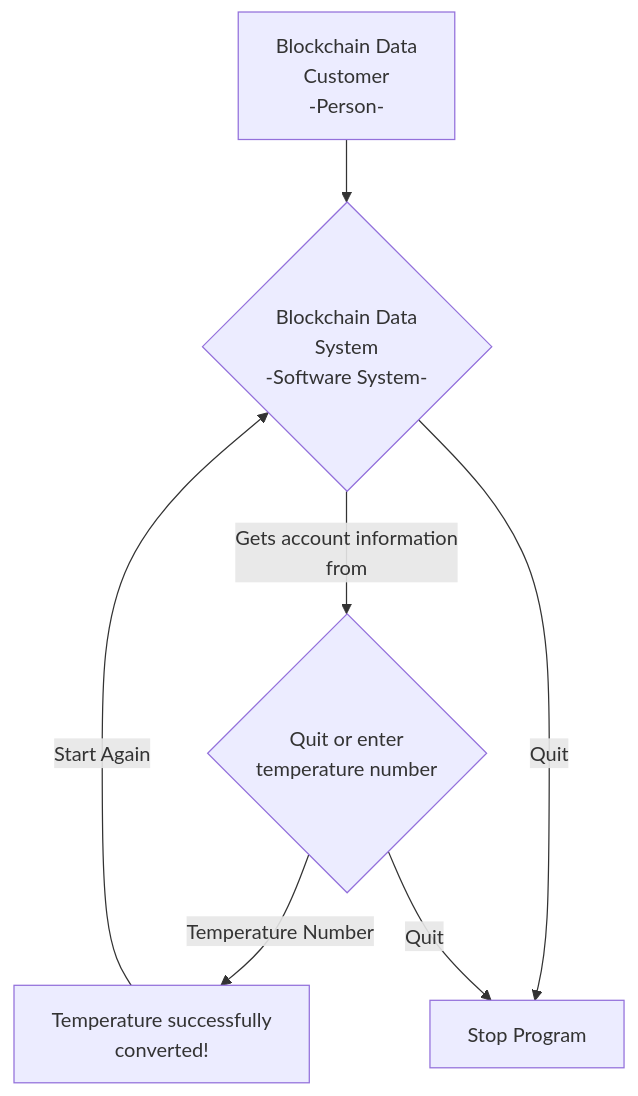
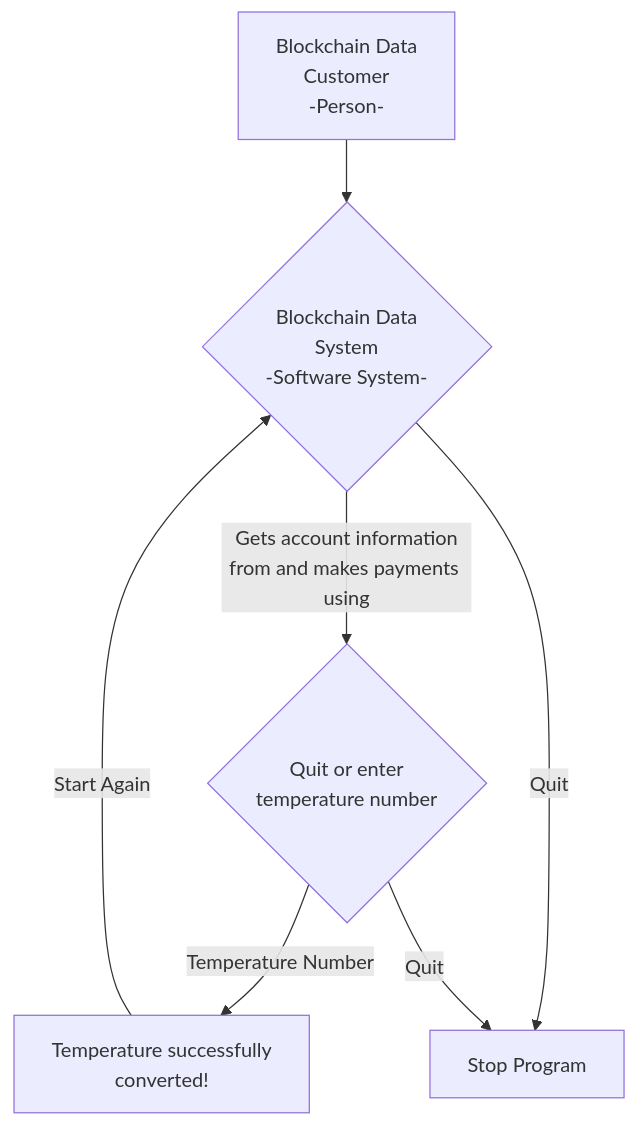
Before and after one commit to patmcfarland/one: the diagram in README.md, drawn with Mermaid.

````diff
--- a/README.md
+++ b/README.md
@@ -1,9 +1,9 @@
 ```mermaid
 flowchart TB
 A[Blockchain Data<br>Customer<br>-Person-] -->B{Blockchain Data<br>System<br>-Software System-}
-B -- Gets account information<br>from --> C{Quit or enter<br>temperature number} 
+B -- Gets account information<br>from and makes payments using --> C{Quit or enter<br>temperature number} 
 C -- Temperature Number --> D[Temperature successfully<br>converted!] 
 D -- Start Again -->B
 B -- Quit --> E[Stop Program]
 C -- Quit --> E
 ```
````
